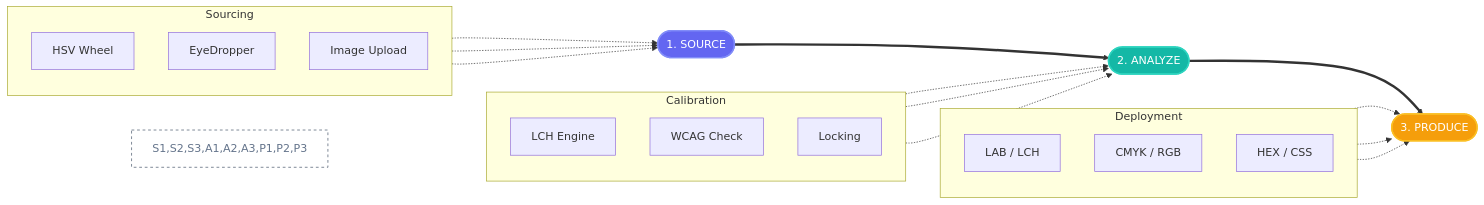
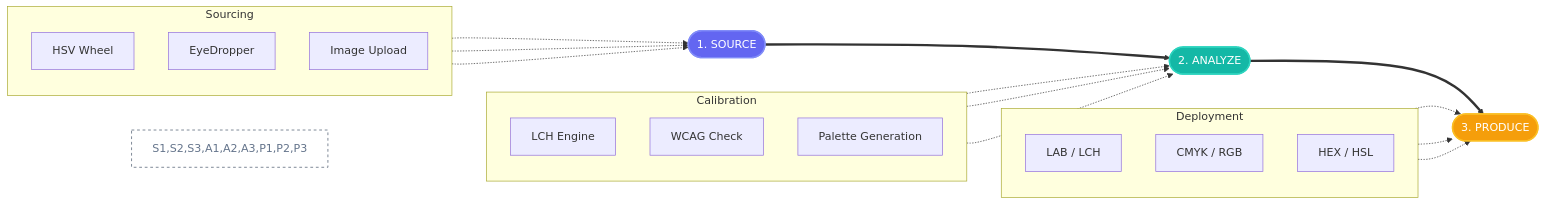
The diagram in README.md (azsoftstudio/colorforge), drawn with Mermaid before and after one commit.

````diff
--- a/README.md
+++ b/README.md
@@ -28,37 +28,37 @@
 ```mermaid
 graph LR
     %% Main Pipeline
     S([1. SOURCE]) ==> A([2. ANALYZE]) ==> P([3. PRODUCE])
 
     %% Details
     subgraph "Sourcing"
         direction TB
         S1[HSV Wheel]
         S2[EyeDropper]
         S3[Image Upload]
     end
     S1 & S2 & S3 -.-> S
 
     subgraph "Calibration"
         direction TB
         A1[LCH Engine]
         A2[WCAG Check]
-        A3[Locking]
+        A3[Palette Generation]
     end
     A1 & A2 & A3 -.-> A
 
     subgraph "Deployment"
         direction TB
         P1[LAB / LCH]
         P2[CMYK / RGB]
-        P3[HEX / CSS]
+        P3[HEX / HSL]
     end
     P1 & P2 & P3 -.-> P
 
     %% Aesthetics
     style S fill:#6366f1,stroke:#818cf8,stroke-width:2px,color:#fff
     style A fill:#14b8a6,stroke:#2dd4bf,stroke-width:2px,color:#fff
     style P fill:#f59e0b,stroke:#fbbf24,stroke-width:2px,color:#fff
     
     style S1,S2,S3,A1,A2,A3,P1,P2,P3 fill:none,stroke:#475569,stroke-dasharray: 4 4,color:#64748b
 ```
````
